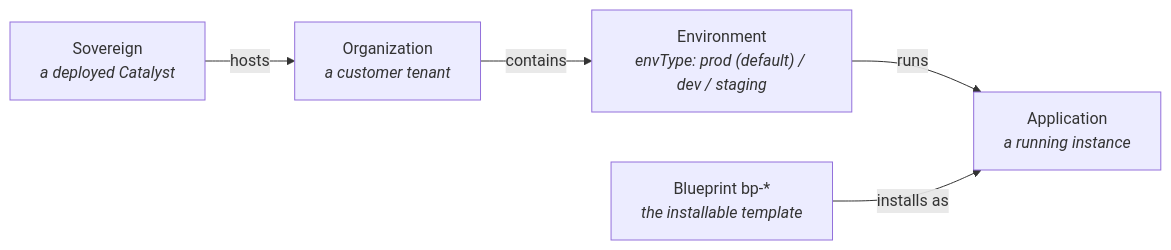
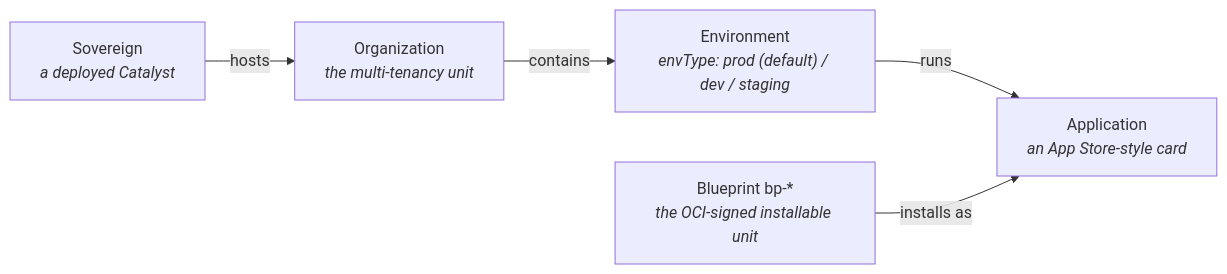
Before and after one commit to openova-io/openova: the second of 16 diagrams in docs/SYSTEM-DESIGN.md, drawn with Mermaid. The commit also changed other lines of this file and 101 other files, not shown here.

````diff
--- a/docs/SYSTEM-DESIGN.md
+++ b/docs/SYSTEM-DESIGN.md
@@ -57,7 +57,7 @@
 ```mermaid
 graph LR
-  S["Sovereign<br/><i>a deployed Catalyst</i>"] -->|hosts| O["Organization<br/><i>a customer tenant</i>"]
+  S["Sovereign<br/><i>a deployed Catalyst</i>"] -->|hosts| O["Organization<br/><i>the multi-tenancy unit</i>"]
   O -->|contains| E["Environment<br/><i>envType: prod (default) / dev / staging</i>"]
-  E -->|runs| A["Application<br/><i>a running instance</i>"]
-  B["Blueprint bp-*<br/><i>the installable template</i>"] -->|installs as| A
+  E -->|runs| A["Application<br/><i>an App Store-style card</i>"]
+  B["Blueprint bp-*<br/><i>the OCI-signed installable unit</i>"] -->|installs as| A
 ```
````
